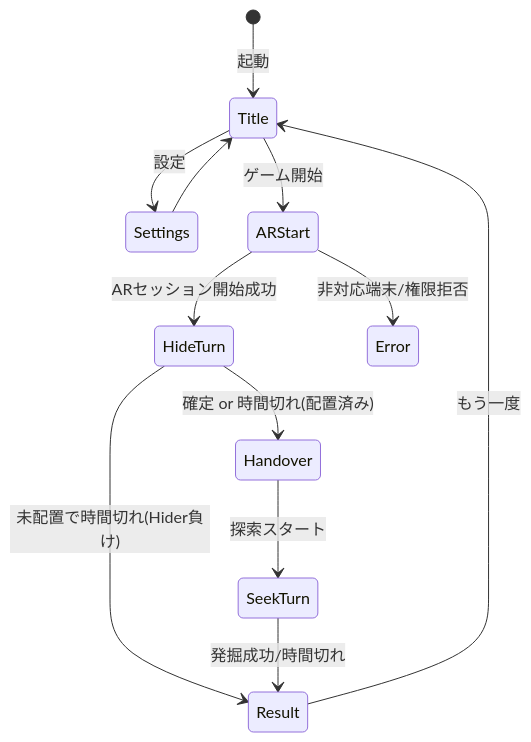
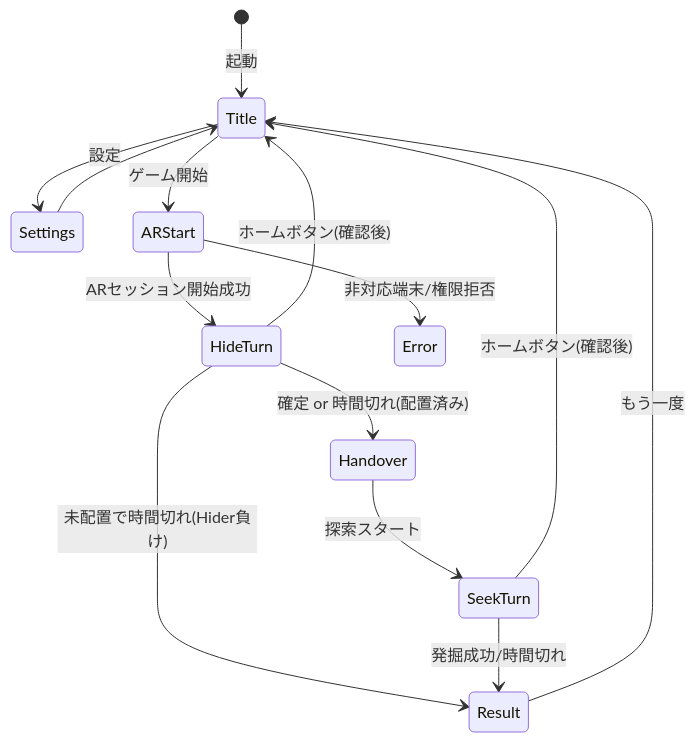
The diagram in SPEC.md (Persa27/indoor-treasure-hunt), drawn with Mermaid before and after one commit. The commit also changed other lines of this file and 4 other files, not shown here.

````diff
--- a/SPEC.md
+++ b/SPEC.md
@@ -117,14 +117,16 @@
 ```mermaid
 stateDiagram-v2
     [*] --> Title: 起動
     Title --> Settings: 設定
     Settings --> Title
     Title --> ARStart: ゲーム開始
     ARStart --> HideTurn: ARセッション開始成功
     ARStart --> Error: 非対応端末/権限拒否
     HideTurn --> Handover: 確定 or 時間切れ(配置済み)
     HideTurn --> Result: 未配置で時間切れ(Hider負け)
+    HideTurn --> Title: ホームボタン(確認後)
     Handover --> SeekTurn: 探索スタート
     SeekTurn --> Result: 発掘成功/時間切れ
+    SeekTurn --> Title: ホームボタン(確認後)
     Result --> Title: もう一度
 ```
````
